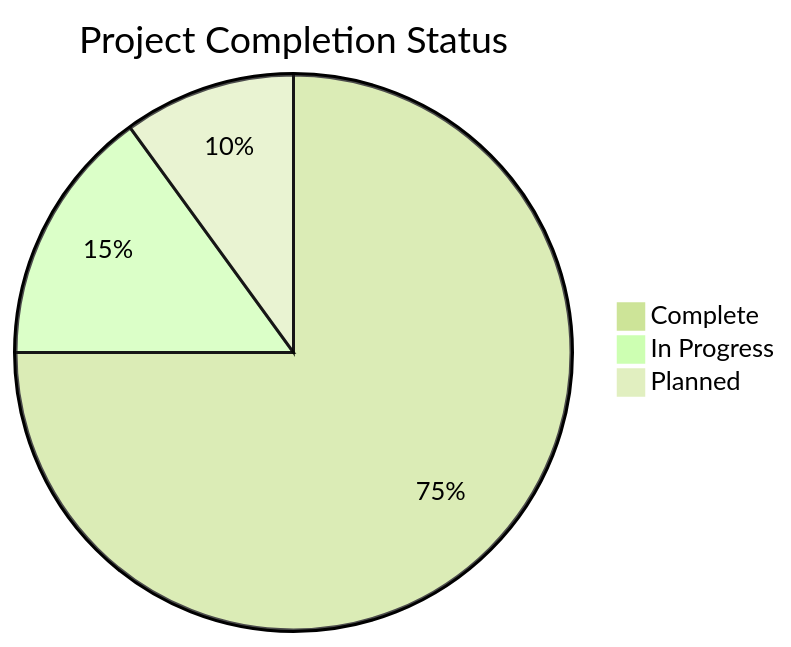
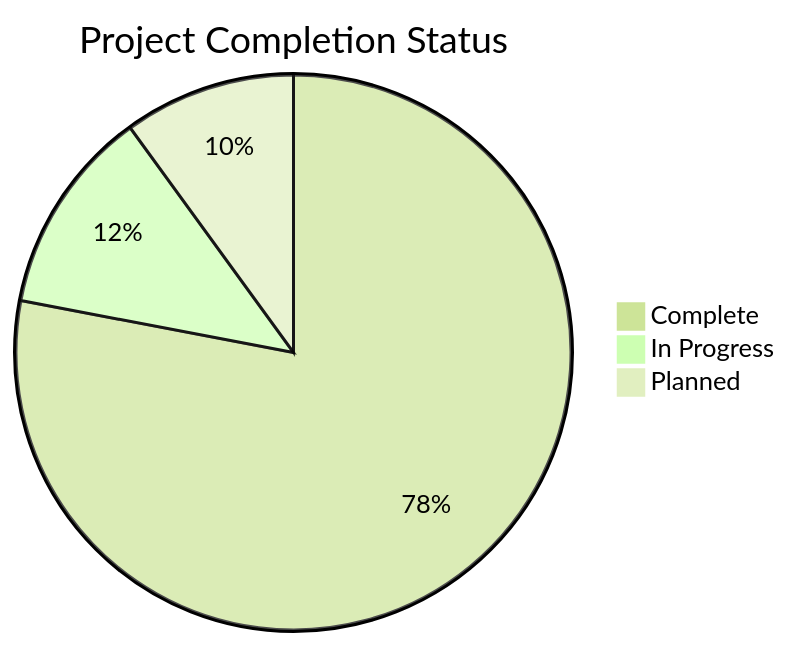
Before and after one commit to APEX-Power-Ops/apex-power-ops-platform: the first of 4 diagrams in PROJECT_STATUS.md, drawn with Mermaid (forest theme). The commit also changed other lines of this file and 7 other files, not shown here.

First line of the commit message:
Session 7: Operations visibility schema + requirements discovery

````diff
--- a/PROJECT_STATUS.md
+++ b/PROJECT_STATUS.md
@@ -11,6 +11,6 @@
 ```mermaid
 pie title Project Completion Status
-    "Complete" : 75
-    "In Progress" : 15
+    "Complete" : 78
+    "In Progress" : 12
     "Planned" : 10
 ```
````
